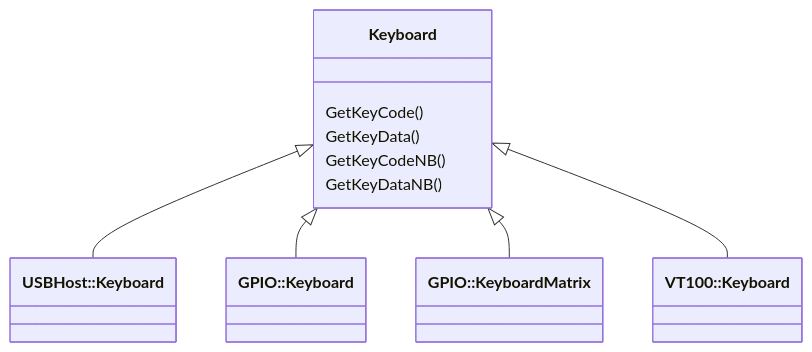
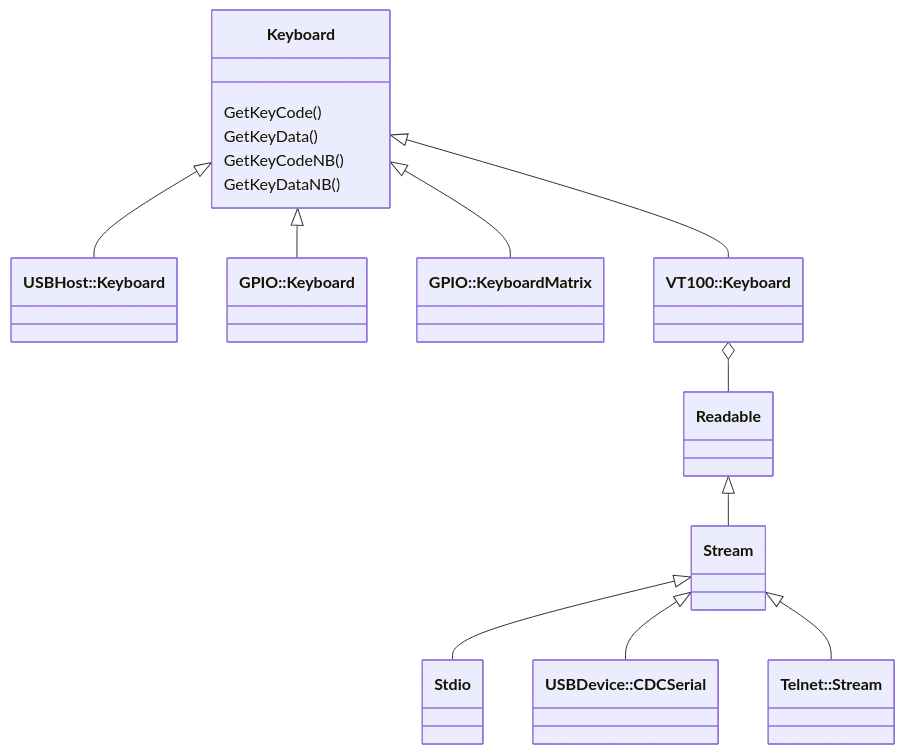
The diagram in docs/library/keyboard/index.md (ypsitau/pico-jxglib), drawn with Mermaid before and after one commit.

Commit message:
updating documents

````diff
--- a/docs/library/keyboard/index.md
+++ b/docs/library/keyboard/index.md
@@ -3,21 +3,25 @@
 ```mermaid
 classDiagram
   class Keyboard {
     GetKeyCode()
     GetKeyData()
     GetKeyCodeNB()
     GetKeyDataNB()
   }
-  class USBHost_Keyboard["USBHost::Keyboard"] {
-  }
-  class GPIO_Keyboard["GPIO::Keyboard"] {
-  }
-  class GPIO_KeyboardMatrix["GPIO::KeyboardMatrix"] {
-  }
-  class VT100_Keyboard["VT100::Keyboard"] {
-  }
+  class USBHost_Keyboard["USBHost::Keyboard"]
+  class GPIO_Keyboard["GPIO::Keyboard"]
+  class GPIO_KeyboardMatrix["GPIO::KeyboardMatrix"]
+  class VT100_Keyboard["VT100::Keyboard"]
+  class Stdio
+  class USBDevice_CDCSerial["USBDevice::CDCSerial"]
+  class Telnet_Stream["Telnet::Stream"]
   Keyboard <|-- USBHost_Keyboard
   Keyboard <|-- GPIO_Keyboard
   Keyboard <|-- GPIO_KeyboardMatrix
   Keyboard <|-- VT100_Keyboard
+  VT100_Keyboard o-- Readable
+  Readable <|-- Stream
+  Stream <|-- Stdio
+  Stream <|-- USBDevice_CDCSerial
+  Stream <|-- Telnet_Stream
 ```
````
